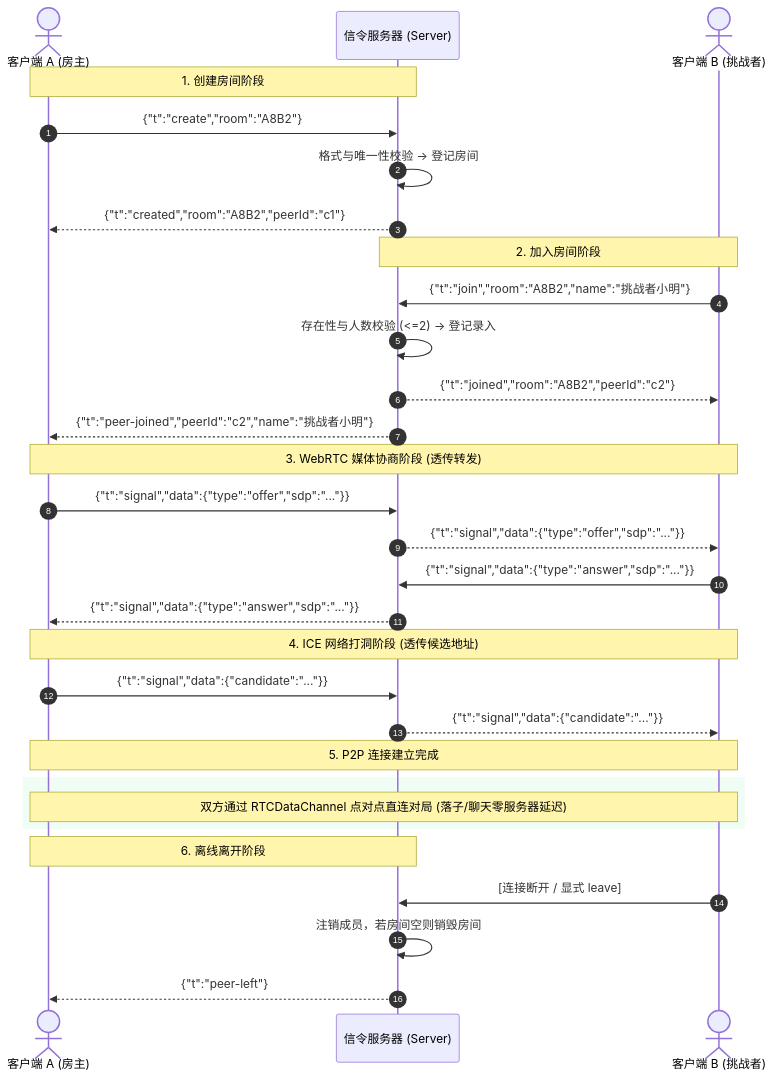
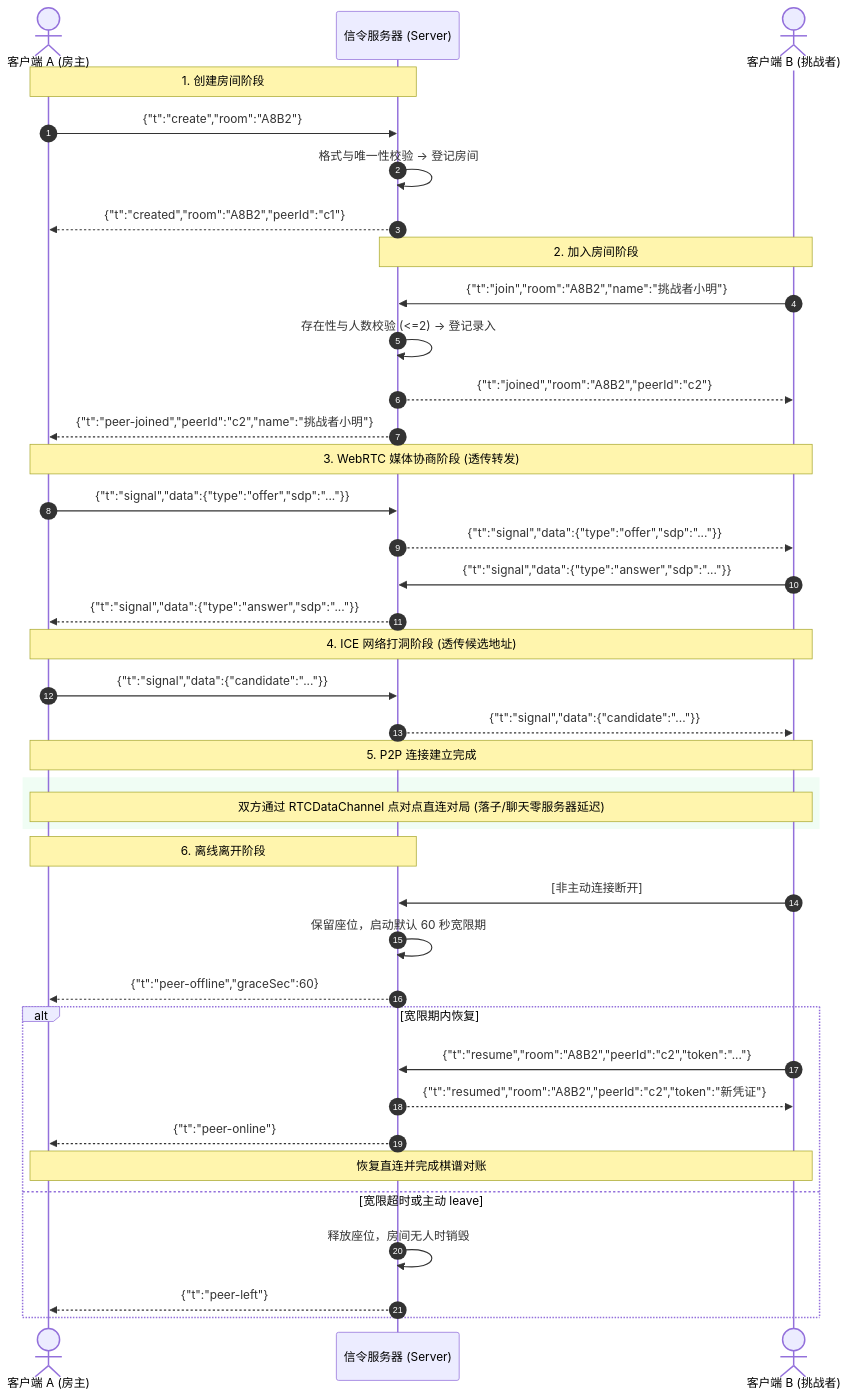
Before and after one commit to zxrneu/webrtc-gomoku: the second of 2 diagrams in apps/server/README.md, drawn with Mermaid. The commit also changed other lines of this file and 17 other files, not shown here.

````diff
--- a/apps/server/README.md
+++ b/apps/server/README.md
@@ -83,38 +83,47 @@
 ```mermaid
 sequenceDiagram
     autonumber
     actor A as 客户端 A (房主)
     participant S as 信令服务器 (Server)
     actor B as 客户端 B (挑战者)
 
     Note over A,S: 1. 创建房间阶段
     A->>S: {"t":"create","room":"A8B2"}
     S->>S: 格式与唯一性校验 -> 登记房间
     S-->>A: {"t":"created","room":"A8B2","peerId":"c1"}
 
     Note over B,S: 2. 加入房间阶段
     B->>S: {"t":"join","room":"A8B2","name":"挑战者小明"}
     S->>S: 存在性与人数校验 (<=2) -> 登记录入
     S-->>B: {"t":"joined","room":"A8B2","peerId":"c2"}
     S-->>A: {"t":"peer-joined","peerId":"c2","name":"挑战者小明"}
 
     Note over A,B: 3. WebRTC 媒体协商阶段 (透传转发)
     A->>S: {"t":"signal","data":{"type":"offer","sdp":"..."}}
     S-->>B: {"t":"signal","data":{"type":"offer","sdp":"..."}}
     B->>S: {"t":"signal","data":{"type":"answer","sdp":"..."}}
     S-->>A: {"t":"signal","data":{"type":"answer","sdp":"..."}}
 
     Note over A,B: 4. ICE 网络打洞阶段 (透传候选地址)
     A->>S: {"t":"signal","data":{"candidate":"..."}}
     S-->>B: {"t":"signal","data":{"candidate":"..."}}
 
     Note over A,B: 5. P2P 连接建立完成
     rect rgb(240, 253, 244)
     Note over A,B: 双方通过 RTCDataChannel 点对点直连对局 (落子/聊天零服务器延迟)
     end
 
     Note over A,S: 6. 离线离开阶段
-    B->>S: [连接断开 / 显式 leave]
-    S->>S: 注销成员，若房间空则销毁房间
-    S-->>A: {"t":"peer-left"}
+    B->>S: [非主动连接断开]
+    S->>S: 保留座位，启动默认 60 秒宽限期
+    S-->>A: {"t":"peer-offline","graceSec":60}
+    alt 宽限期内恢复
+        B->>S: {"t":"resume","room":"A8B2","peerId":"c2","token":"..."}
+        S-->>B: {"t":"resumed","room":"A8B2","peerId":"c2","token":"新凭证"}
+        S-->>A: {"t":"peer-online"}
+        Note over A,B: 恢复直连并完成棋谱对账
+    else 宽限超时或主动 leave
+        S->>S: 释放座位，房间无人时销毁
+        S-->>A: {"t":"peer-left"}
+    end
 ```
````
